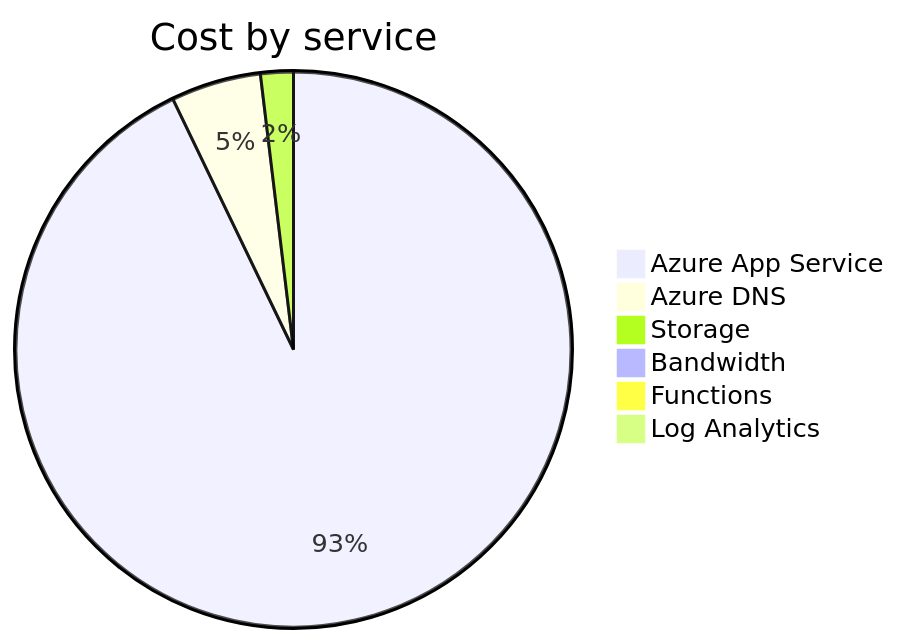
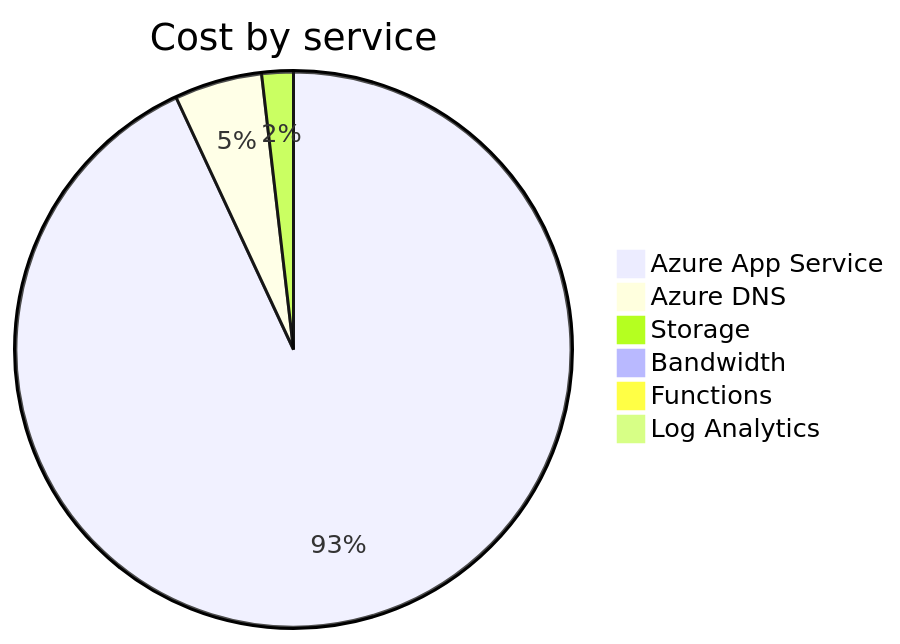
One commit to jpfulton/azure-personal-reports changed the second of 4 diagrams in cost-reports/accumulated-cost.md. Above: the diagram before and after it, drawn with Mermaid. The commit also changed other lines of this file and 4 other files, not shown here.

````diff
--- a/cost-reports/accumulated-cost.md
+++ b/cost-reports/accumulated-cost.md
@@ -98,10 +98,10 @@
 ```mermaid
 pie
    title Cost by service
-   "Azure App Service" : 3.90
-   "Azure DNS" : 0.22
-   "Storage" : 0.08
+   "Azure App Service" : 4.56
+   "Azure DNS" : 0.25
+   "Storage" : 0.09
    "Bandwidth" : 0.00
    "Functions" : 0.00
    "Log Analytics" : 0.00
 ```
````
